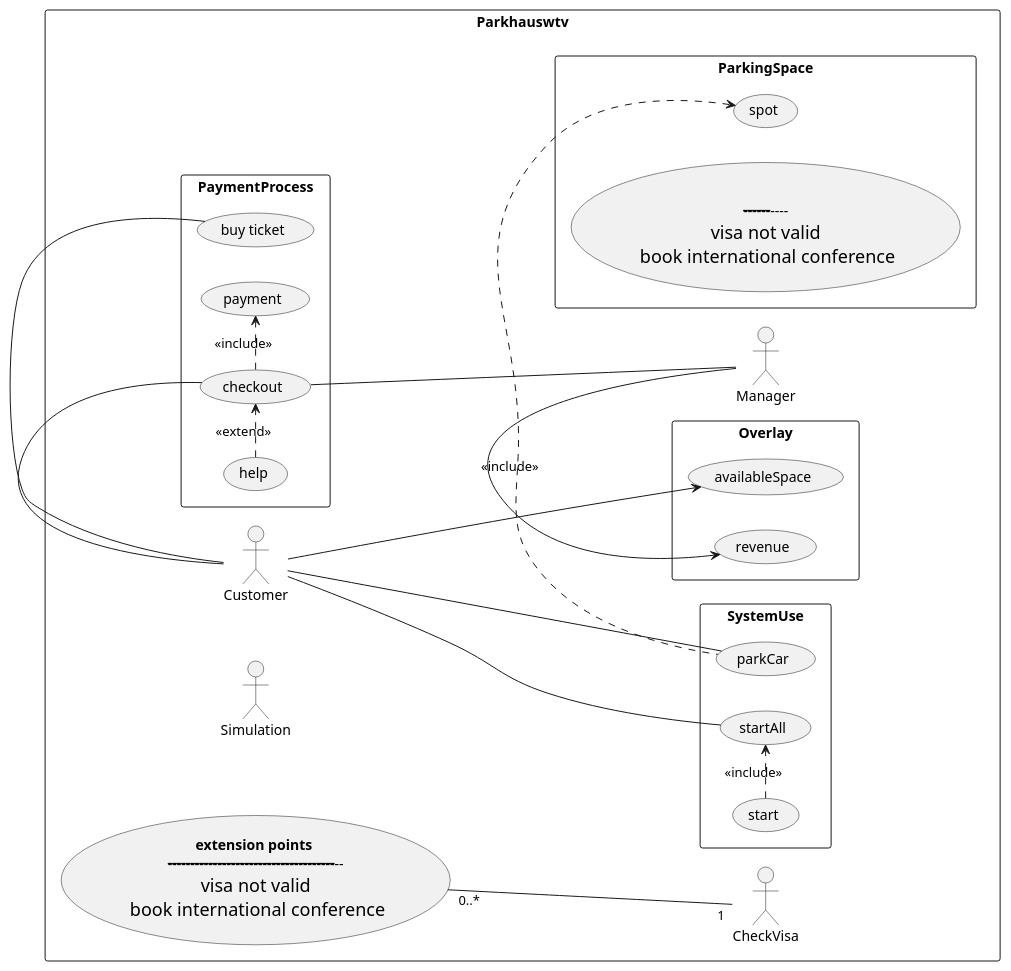
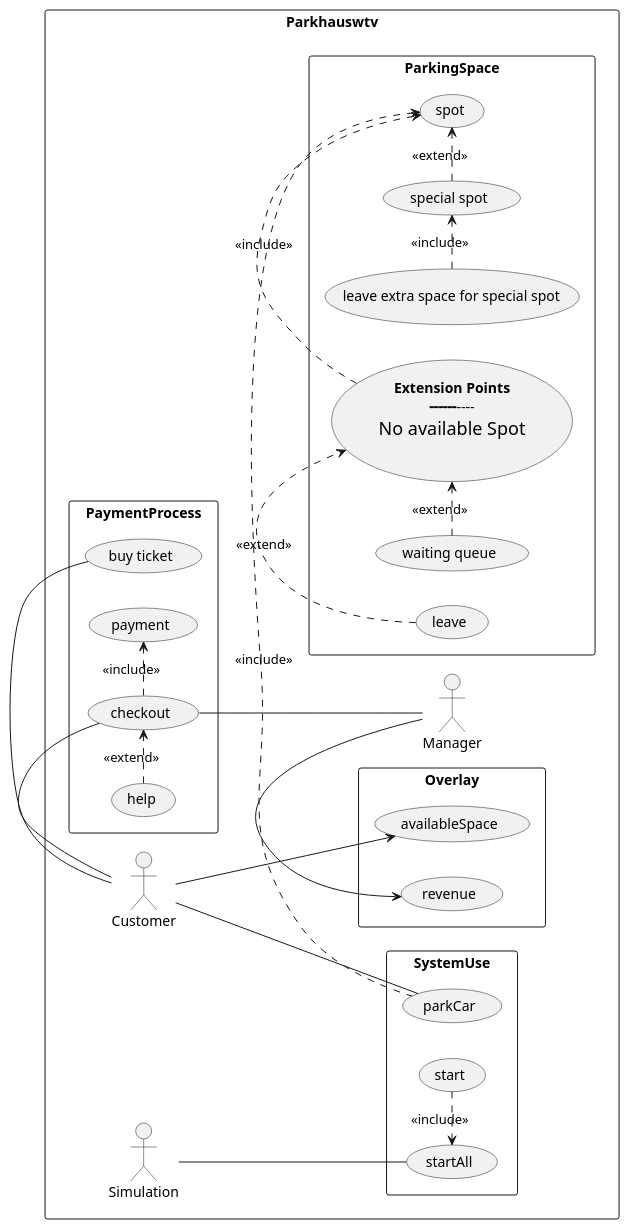
One commit to 1nbetw33n/Parkhaus_new changed the diagram in src/main/exercise4/uc_Parkhaus.puml. Above: the diagram before and after it, drawn with PlantUML. The commit also changed 1 other file, not shown here.

Commit message:
uc_Parkhaus.puml changed, added special spots with condition (maybe redundant), made extension points for waiting queue and leave

```diff
--- a/src/main/exercise4/uc_Parkhaus.puml
+++ b/src/main/exercise4/uc_Parkhaus.puml
@@ -1,40 +1,43 @@
 @startuml
 left to right direction
 skinparam packageStyle rectangle
 
 package Parkhauswtv {
 actor Simulation
 actor Customer
 actor Manager
 
 rectangle SystemUse {
-  Customer -- (startAll)
+  Simulation -- (startAll)
   (start) .> (startAll) : <<include>>
   Customer -- (parkCar)
 }
 
 rectangle ParkingSpace {
-  (\n ---------------------------------- \n <size:18>visa not valid</size> \n <size:18>book international conference</size>)
+  (** Extension Points **\n ---------------------------------- \n <size:18>No available Spot</size> \n <size:18></size>) as E1
+  E1 .> (spot) : <<include>>
   (spot) <. (parkCar) : <<include>>
+  (special spot) .> (spot) : <<extend>>
+  (leave extra space for special spot) .> (special spot) : <<include>>
+  (waiting queue) .> E1 : <<extend>>
+  (leave) .> E1 : <<extend>>
+
 }
 
 rectangle PaymentProcess {
   (checkout) .> (payment) : <<include>>
 
   Customer - (buy ticket)
 
   Customer - (checkout)
   (help) .> (checkout) : <<extend>>
   (checkout) -- Manager
   }
 
 rectangle Overlay {
   Customer -> (availableSpace)
   Manager -> (revenue)
 }
 
-
-    (**extension points** \n ------------------------------------------------------------------------------------------------------------------------------------------------------------------------------------------- \n <size:18>visa not valid</size> \n <size:18>book international conference</size>) "0..*" -- "1" CheckVisa
-
 }
 @enduml
```
